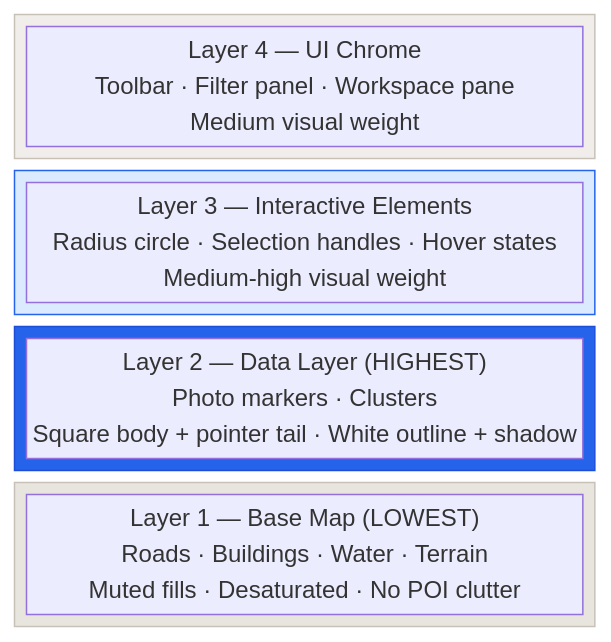
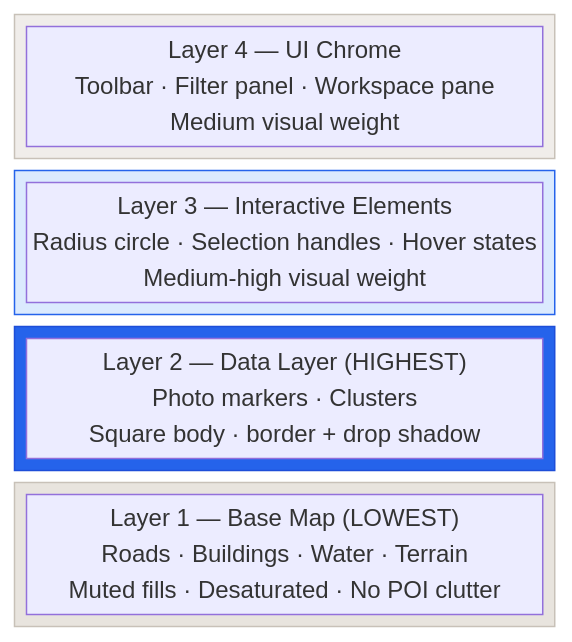
Before and after one commit to matkleve/feldpost: the diagram in docs/design/map-system.md, drawn with Mermaid. The commit also changed other lines of this file and 28 other files, not shown here.

````diff
--- a/docs/design/map-system.md
+++ b/docs/design/map-system.md
@@ -9,25 +11,25 @@
 ```mermaid
 block-beta
   columns 1
   block:l4:1
     columns 1
     A["Layer 4 — UI Chrome\nToolbar · Filter panel · Workspace pane\nMedium visual weight"]
   end
   block:l3:1
     columns 1
     B["Layer 3 — Interactive Elements\nRadius circle · Selection handles · Hover states\nMedium-high visual weight"]
   end
   block:l2:1
     columns 1
-    C["Layer 2 — Data Layer (HIGHEST)\nPhoto markers · Clusters\nSquare body + pointer tail · White outline + shadow"]
+    C["Layer 2 — Data Layer (HIGHEST)\nPhoto markers · Clusters\nSquare body · border + drop shadow"]
   end
   block:l1:1
     columns 1
     D["Layer 1 — Base Map (LOWEST)\nRoads · Buildings · Water · Terrain\nMuted fills · Desaturated · No POI clutter"]
   end
 
   style l4 fill:#f0edea,stroke:#c8c1b8
   style l3 fill:#dbeafe,stroke:#2563eb
   style l2 fill:#2563eb,stroke:#1d4ed8,color:#fff
   style l1 fill:#e8e4de,stroke:#c8c1b8
 ```
````
